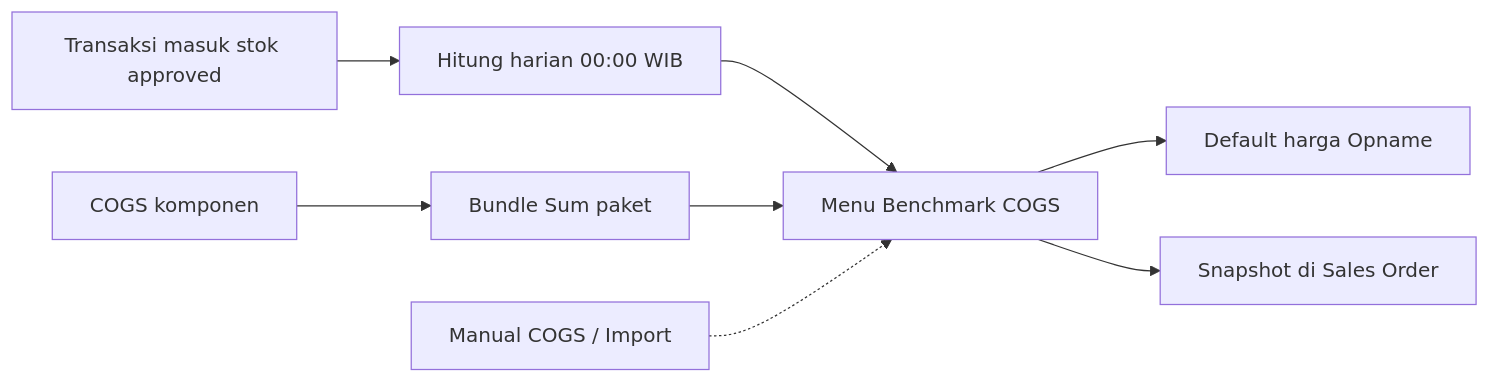
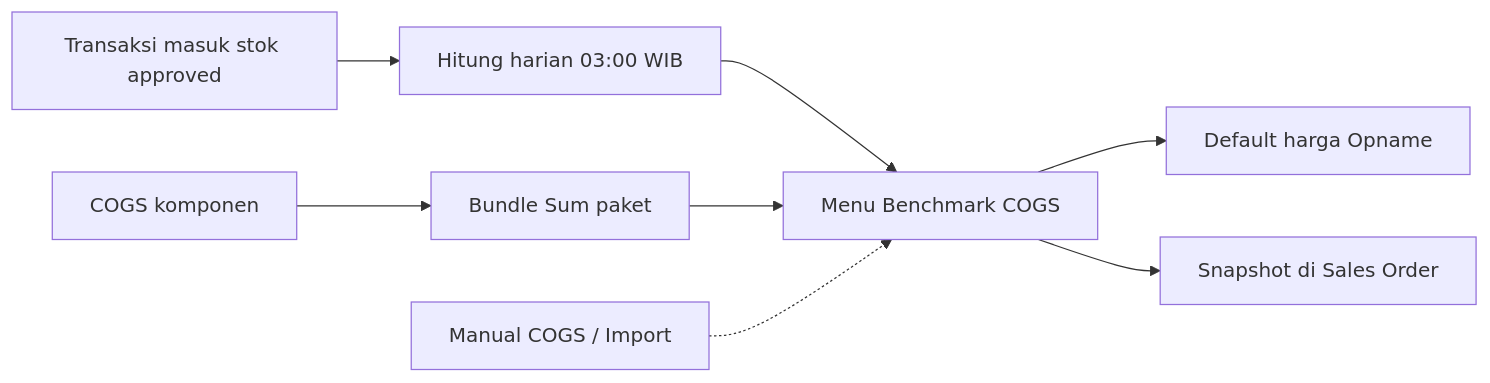
Before and after one commit to yendyr/olshoperp-docs: the first of 2 diagrams in qa-docs/accounting-product-benchmark-price/user-guide.md, drawn with Mermaid. The commit also changed other lines of this file and 27 other files, not shown here.

````diff
--- a/qa-docs/accounting-product-benchmark-price/user-guide.md
+++ b/qa-docs/accounting-product-benchmark-price/user-guide.md
@@ -37,10 +37,10 @@
 ```mermaid
 flowchart LR
-    SRC[Transaksi masuk stok approved] --> JOB[Hitung harian 00:00 WIB]
+    SRC[Transaksi masuk stok approved] --> JOB[Hitung harian 03:00 WIB]
     COMP[COGS komponen] --> BND[Bundle Sum paket]
     JOB --> MENU[Menu Benchmark COGS]
     BND --> MENU
     MANUAL[Manual COGS / Import] -.-> MENU
     MENU --> OP[Default harga Opname]
     MENU --> SO[Snapshot di Sales Order]
 ```
````
